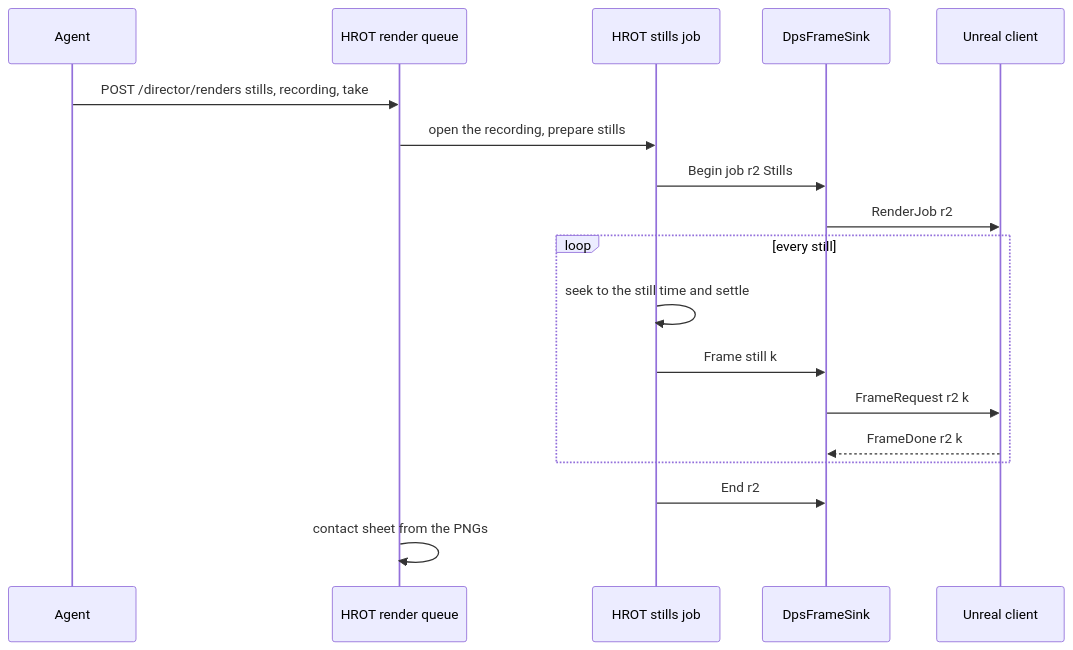
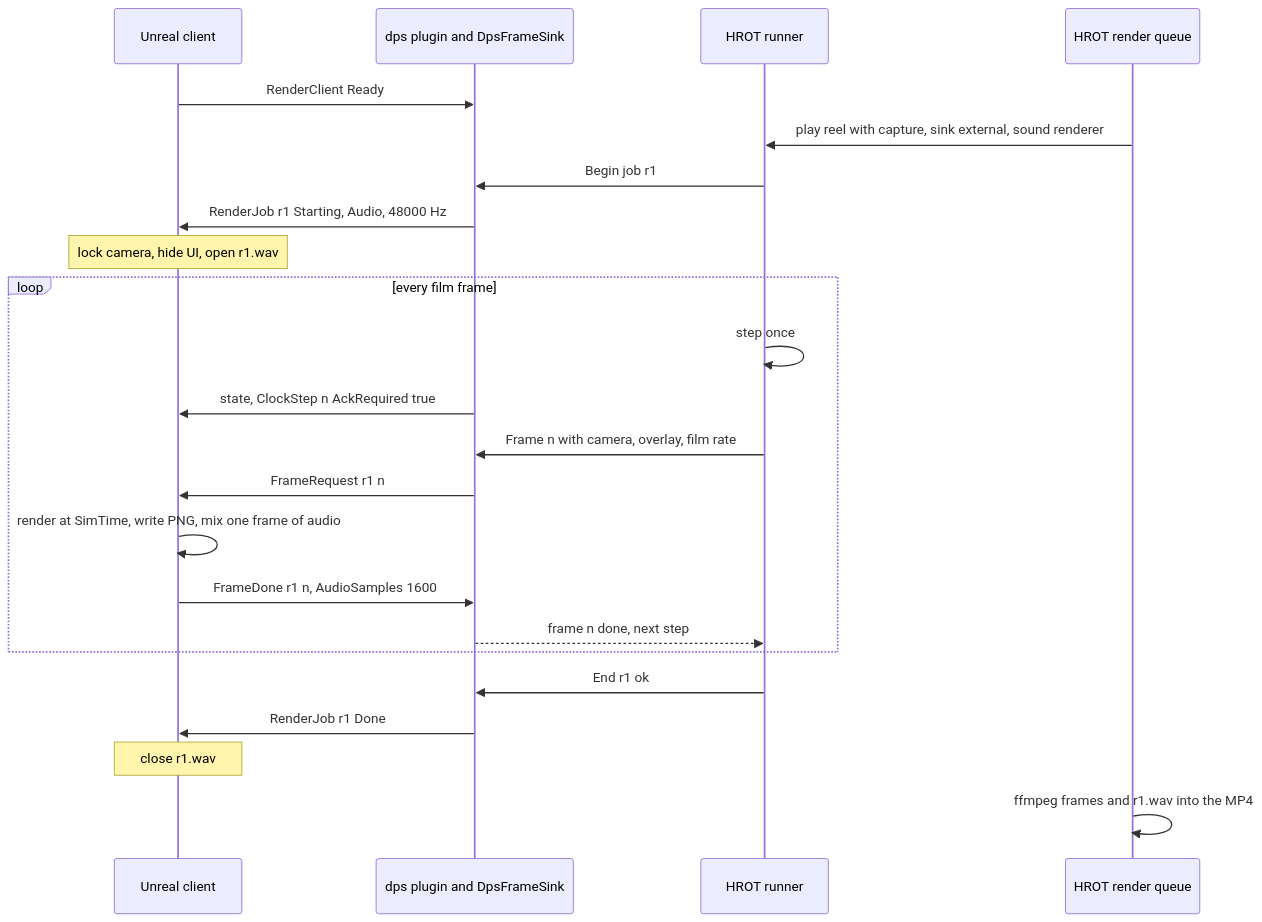
The fifth of 6 diagrams in docs/design/DD-022-Dps-Director-Rendering.md (pjanec/SimNetGateway), drawn with Mermaid before and after one commit. The commit also changed other lines of this file and 3 other files, not shown here.

First line of the commit message:
T-039: DD-022 revised - DPS time sync and stepping by HROT's conventions, the camera dead-reckoned, the audio track from the renderer

````diff
--- a/docs/design/DD-022-Dps-Director-Rendering.md
+++ b/docs/design/DD-022-Dps-Director-Rendering.md
@@ -266,20 +356,25 @@
 ```mermaid
 sequenceDiagram
-    participant A as Agent
+    participant U as Unreal client
+    participant G as dps plugin and DpsFrameSink
+    participant R as HROT runner
     participant Q as HROT render queue
-    participant St as HROT stills job
-    participant S as DpsFrameSink
-    participant U as Unreal client
-    A->>Q: POST /director/renders stills, recording, take
-    Q->>St: open the recording, prepare stills
-    St->>S: Begin job r2 Stills
-    S->>U: RenderJob r2
-    loop every still
-        St->>St: seek to the still time and settle
-        St->>S: Frame still k
-        S->>U: FrameRequest r2 k
-        U-->>S: FrameDone r2 k
+    U->>G: RenderClient Ready
+    Q->>R: play reel with capture, sink external, sound renderer
+    R->>G: Begin job r1
+    G->>U: RenderJob r1 Starting, Audio, 48000 Hz
+    Note over U: lock camera, hide UI, open r1.wav
+    loop every film frame
+        R->>R: step once
+        G->>U: state, ClockStep n AckRequired true
+        R->>G: Frame n with camera, overlay, film rate
+        G->>U: FrameRequest r1 n
+        U->>U: render at SimTime, write PNG, mix one frame of audio
+        U->>G: FrameDone r1 n, AudioSamples 1600
+        G-->>R: frame n done, next step
     end
-    St->>S: End r2
-    Q->>Q: contact sheet from the PNGs
+    R->>G: End r1 ok
+    G->>U: RenderJob r1 Done
+    Note over U: close r1.wav
+    Q->>Q: ffmpeg frames and r1.wav into the MP4
 ```
````
